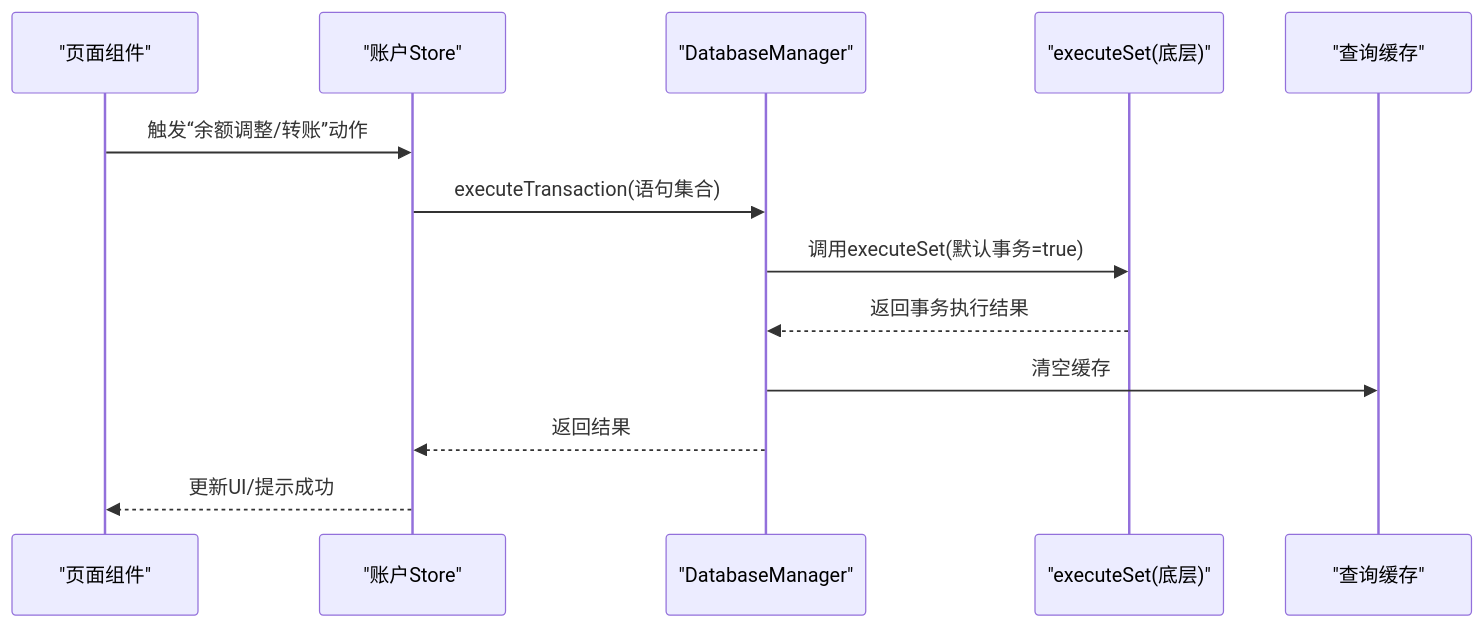
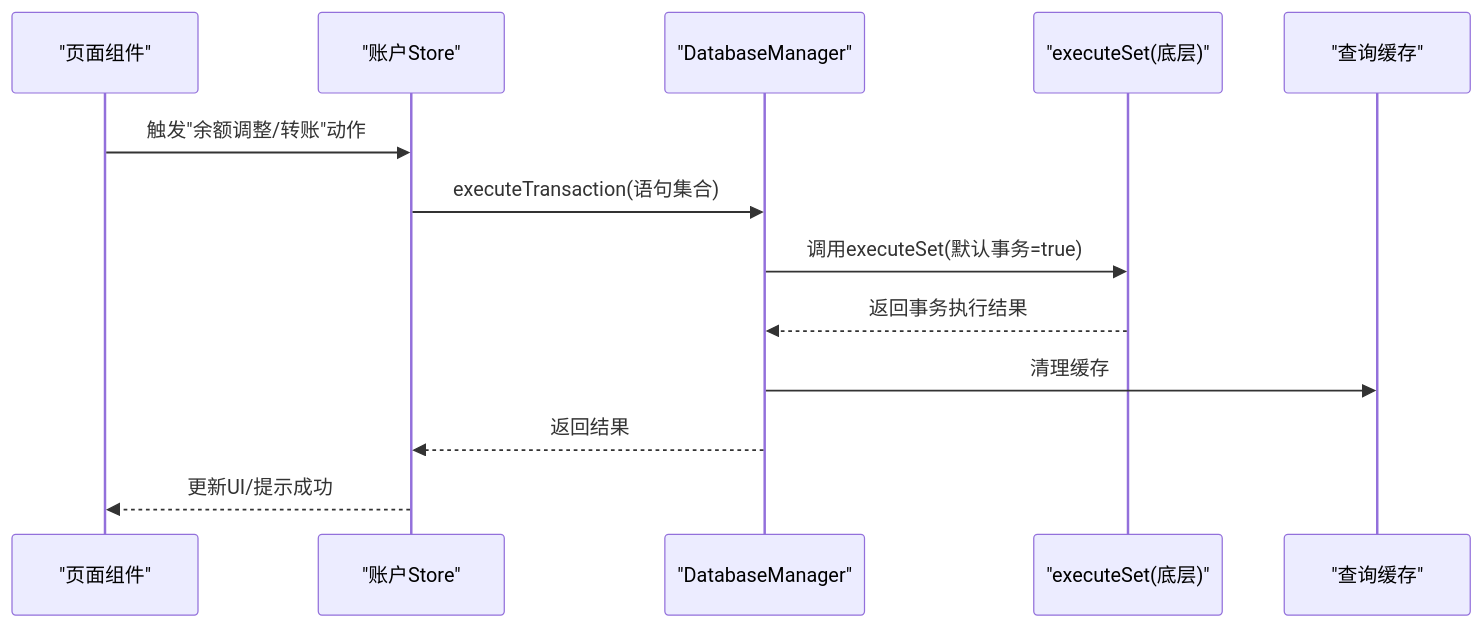
Before and after one commit to xiao-lin-unit/yuan: the second of 6 diagrams in .qoder/repowiki/zh/content/数据库管理/数据库操作/事务管理.md, drawn with Mermaid. The commit also changed other lines of this file and 10 other files, not shown here.

````diff
--- a/.qoder/repowiki/zh/content/数据库管理/数据库操作/事务管理.md
+++ b/.qoder/repowiki/zh/content/数据库管理/数据库操作/事务管理.md
@@ -67,15 +77,15 @@
 ```mermaid
 sequenceDiagram
 participant View as "页面组件"
 participant Store as "账户Store"
 participant DB as "DatabaseManager"
 participant Exec as "executeSet(底层)"
 participant Cache as "查询缓存"
-View->>Store : 触发“余额调整/转账”动作
+View->>Store : 触发"余额调整/转账"动作
 Store->>DB : executeTransaction(语句集合)
 DB->>Exec : 调用executeSet(默认事务=true)
 Exec-->>DB : 返回事务执行结果
-DB->>Cache : 清空缓存
+DB->>Cache : 清理缓存
 DB-->>Store : 返回结果
 Store-->>View : 更新UI/提示成功
 ```
````
